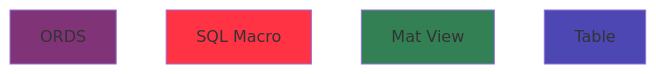
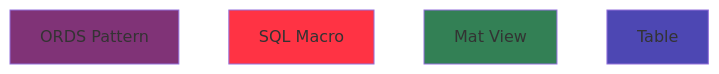
Before and after one commit to zjph90/testrepo: the first of 3 diagrams in README.md, drawn with Mermaid. The commit also changed other lines of this file, not shown here.

````diff
--- a/README.md
+++ b/README.md
@@ -5,11 +5,11 @@
 ```mermaid
 graph TD
     classDef sql_macro fill:#f34
     classDef mview fill:#338055
     classDef table fill:#4d47b3
     classDef ords fill:#803377
-    ORDS:::ords
+    ords["ORDS Pattern"]:::ords
     sqlm["SQL Macro"]:::sql_macro
     mview["Mat View"]:::mview
     table["Table"]:::table
 ```
````
